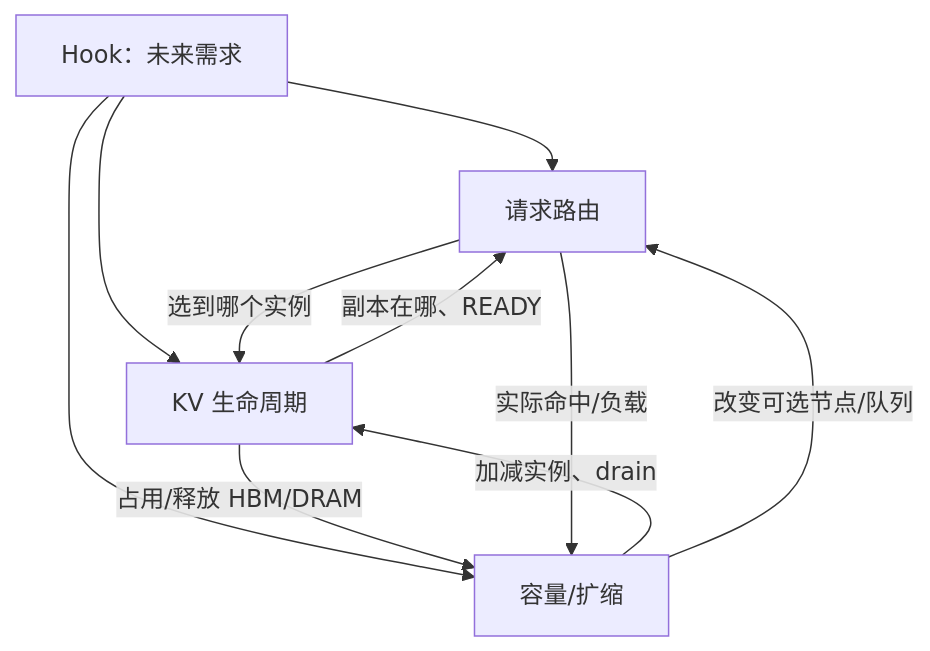
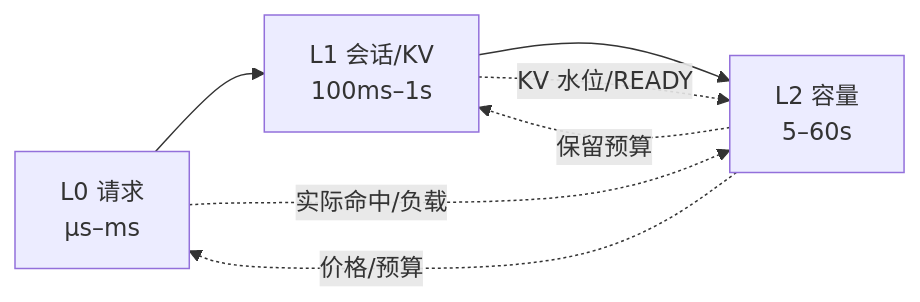
Before and after one commit to 5x8-40/lake: the third of 14 diagrams in kvcm/design/D8-joint-scheduling.md, drawn with Mermaid. The commit also changed other lines of this file and 5 other files, not shown here.

````diff
--- a/kvcm/design/D8-joint-scheduling.md
+++ b/kvcm/design/D8-joint-scheduling.md
@@ -55,12 +146,8 @@
 ```mermaid
-flowchart TB
-    H["Hook：未来需求"] --> RQ["请求路由"]
-    H --> KV["KV 生命周期"]
-    H --> SC["容量/扩缩"]
-    RQ -->|"选到哪个实例"| KV
-    KV -->|"副本在哪、READY"| RQ
-    KV -->|"占用/释放 HBM/DRAM"| SC
-    SC -->|"加减实例、drain"| KV
-    SC -->|"改变可选节点/队列"| RQ
-    RQ -->|"实际命中/负载"| SC
+flowchart LR
+    L0["L0 请求<br/>µs–ms"] --> L1["L1 会话/KV<br/>100ms–1s"] --> L2["L2 容量<br/>5–60s"]
+    L2 -.->|"价格/预算"| L0
+    L2 -.->|"保留预算"| L1
+    L0 -.->|"实际命中/负载"| L2
+    L1 -.->|"KV 水位/READY"| L2
 ```
````
